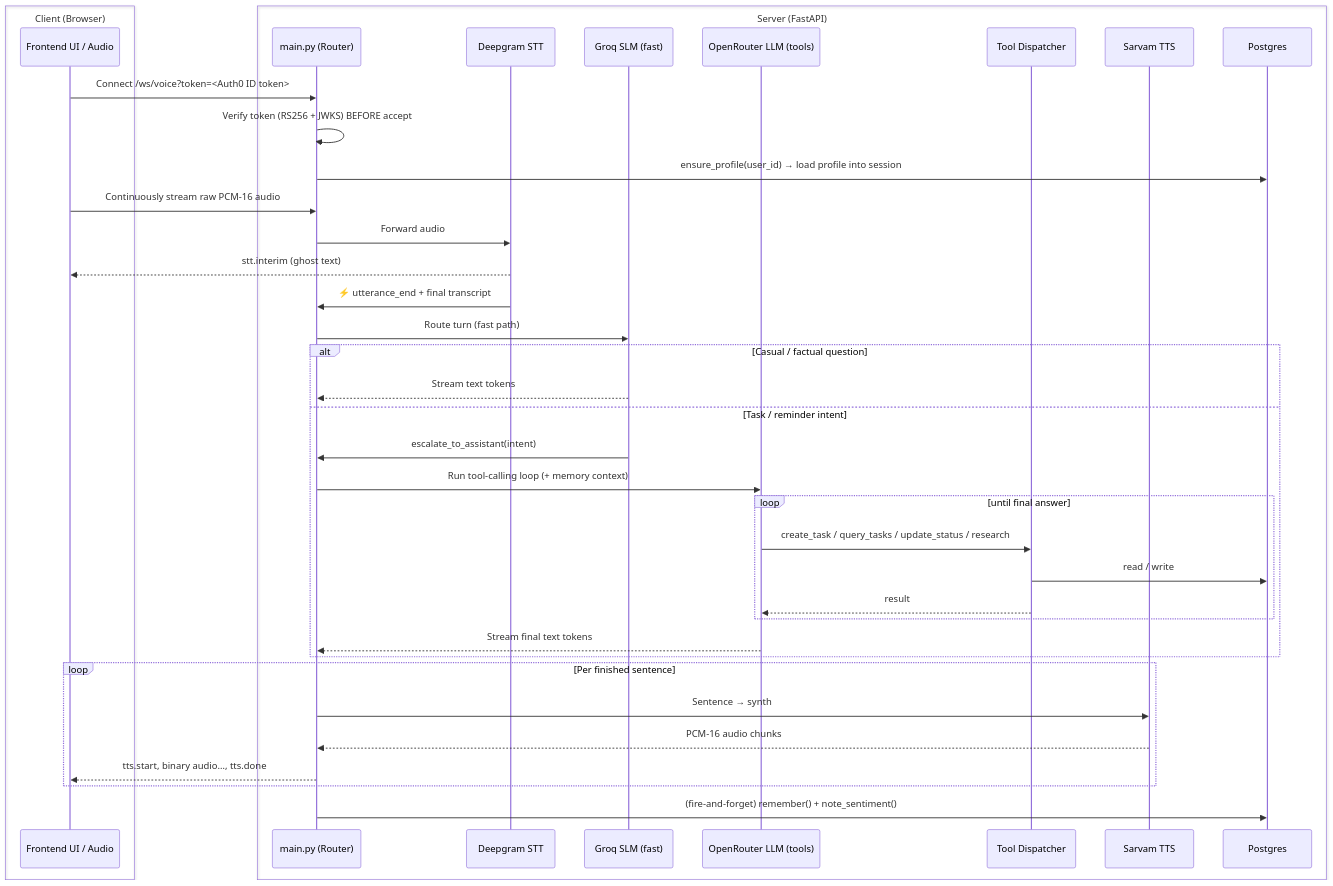
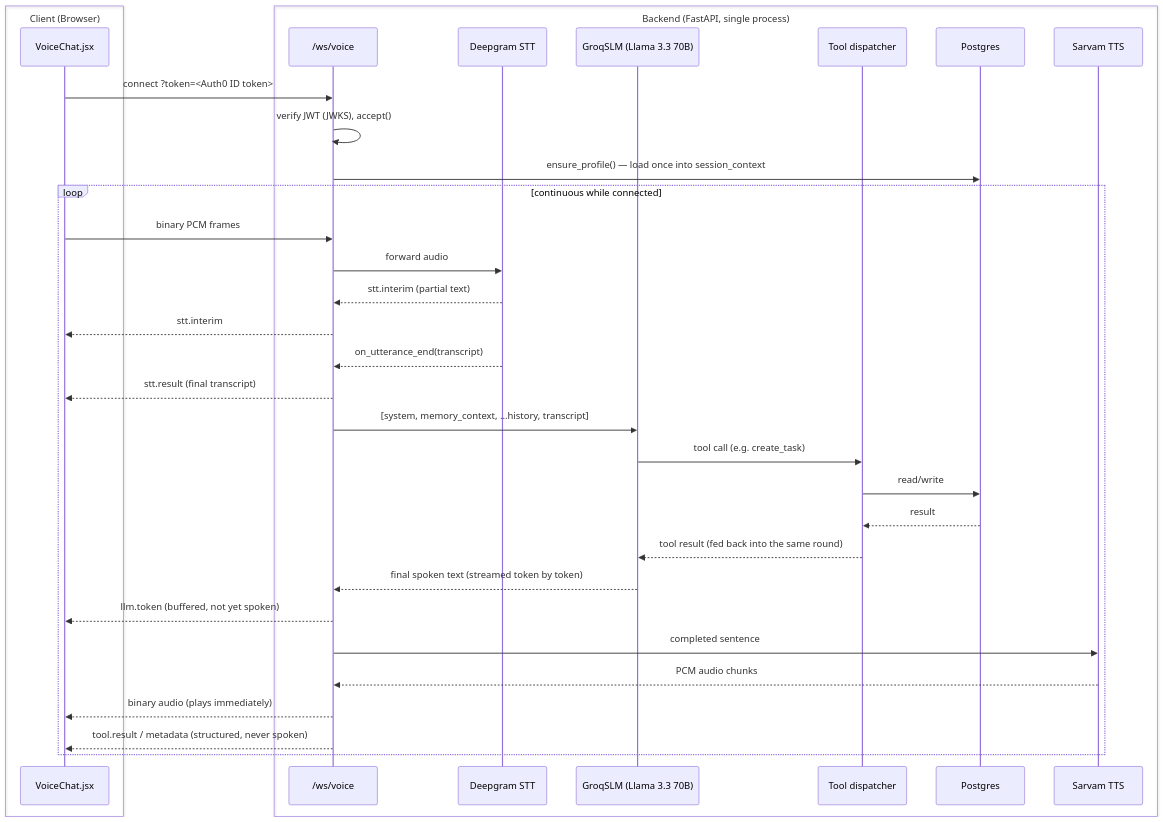
Before and after one commit to SOGeKING-NUL/taskade_backend: the diagram in docs/system_explanation.md, drawn with Mermaid. The commit also changed other lines of this file and 12 other files, not shown here.

````diff
--- a/docs/system_explanation.md
+++ b/docs/system_explanation.md
@@ -17,46 +23,38 @@
 ```mermaid
 sequenceDiagram
     box Client (Browser)
-        participant C as Frontend UI / Audio
+        participant C as VoiceChat.jsx
     end
-    box Server (FastAPI)
-        participant S as main.py (Router)
-        participant STT as Deepgram STT
-        participant SLM as Groq SLM (fast)
-        participant LLM as OpenRouter LLM (tools)
-        participant TOOL as Tool Dispatcher
+    box Backend (FastAPI, single process)
+        participant WS as /ws/voice
+        participant DG as Deepgram STT
+        participant SLM as GroqSLM (Llama 3.3 70B)
+        participant DISP as Tool dispatcher
+        participant DB as Postgres
         participant TTS as Sarvam TTS
-        participant DB as Postgres
     end
 
-    C->>S: Connect /ws/voice?token=<Auth0 ID token>
-    S->>S: Verify token (RS256 + JWKS) BEFORE accept
-    S->>DB: ensure_profile(user_id) → load profile into session
+    C->>WS: connect ?token=<Auth0 ID token>
+    WS->>WS: verify JWT (JWKS), accept()
+    WS->>DB: ensure_profile() — load once into session_context
 
-    C->>S: Continuously stream raw PCM-16 audio
-    S->>STT: Forward audio
-    STT-->>C: stt.interim (ghost text)
-    STT->>S: ⚡ utterance_end + final transcript
-
-    S->>SLM: Route turn (fast path)
-    alt Casual / factual question
-        SLM-->>S: Stream text tokens
-    else Task / reminder intent
-        SLM->>S: escalate_to_assistant(intent)
-        S->>LLM: Run tool-calling loop (+ memory context)
-        loop until final answer
-            LLM->>TOOL: create_task / query_tasks / update_status / research
-            TOOL->>DB: read / write
-            TOOL-->>LLM: result
-        end
-        LLM-->>S: Stream final text tokens
+    loop continuous while connected
+        C->>WS: binary PCM frames
+        WS->>DG: forward audio
+        DG-->>WS: stt.interim (partial text)
+        WS-->>C: stt.interim
+        DG-->>WS: on_utterance_end(transcript)
+        WS-->>C: stt.result (final transcript)
+        WS->>SLM: [system, memory_context, ...history, transcript]
+        SLM->>DISP: tool call (e.g. create_task)
+        DISP->>DB: read/write
+        DB-->>DISP: result
+        DISP-->>SLM: tool result (fed back into the same round)
+        SLM-->>WS: final spoken text (streamed token by token)
+        WS-->>C: llm.token (buffered, not yet spoken)
+        WS->>TTS: completed sentence
+        TTS-->>WS: PCM audio chunks
+        WS-->>C: binary audio (plays immediately)
+        WS-->>C: tool.result / metadata (structured, never spoken)
     end
-
-    loop Per finished sentence
-        S->>TTS: Sentence → synth
-        TTS-->>S: PCM-16 audio chunks
-        S-->>C: tts.start, binary audio…, tts.done
-    end
-
-    S->>DB: (fire-and-forget) remember() + note_sentiment()
 ```
````
